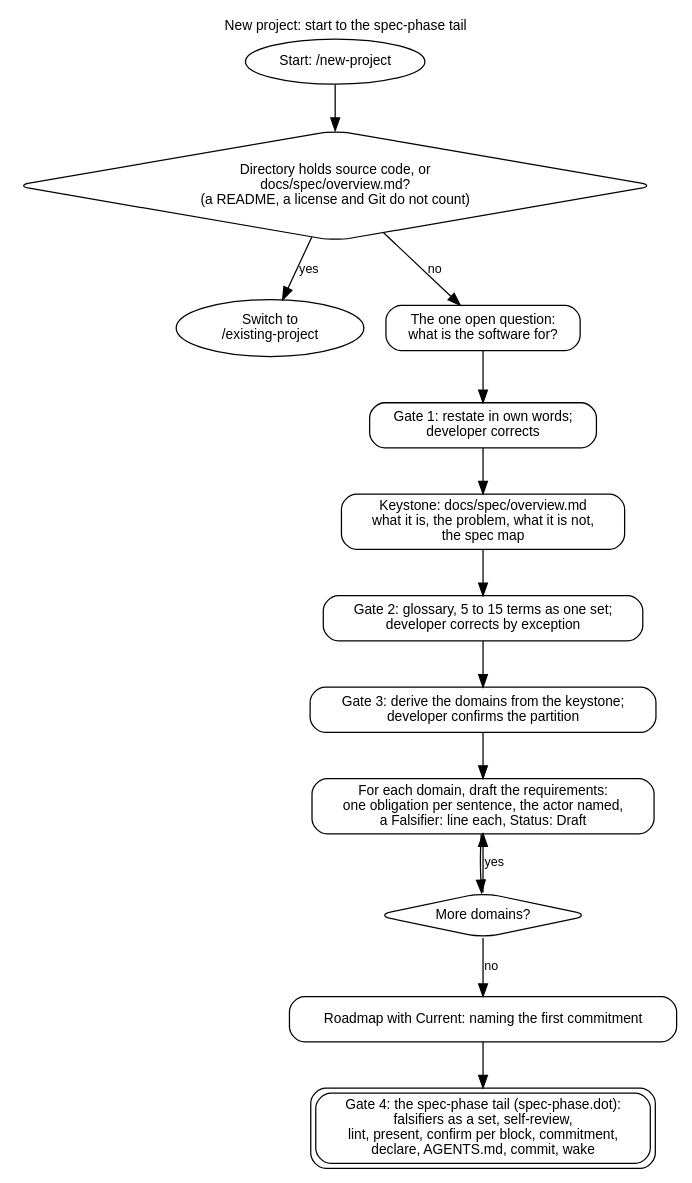
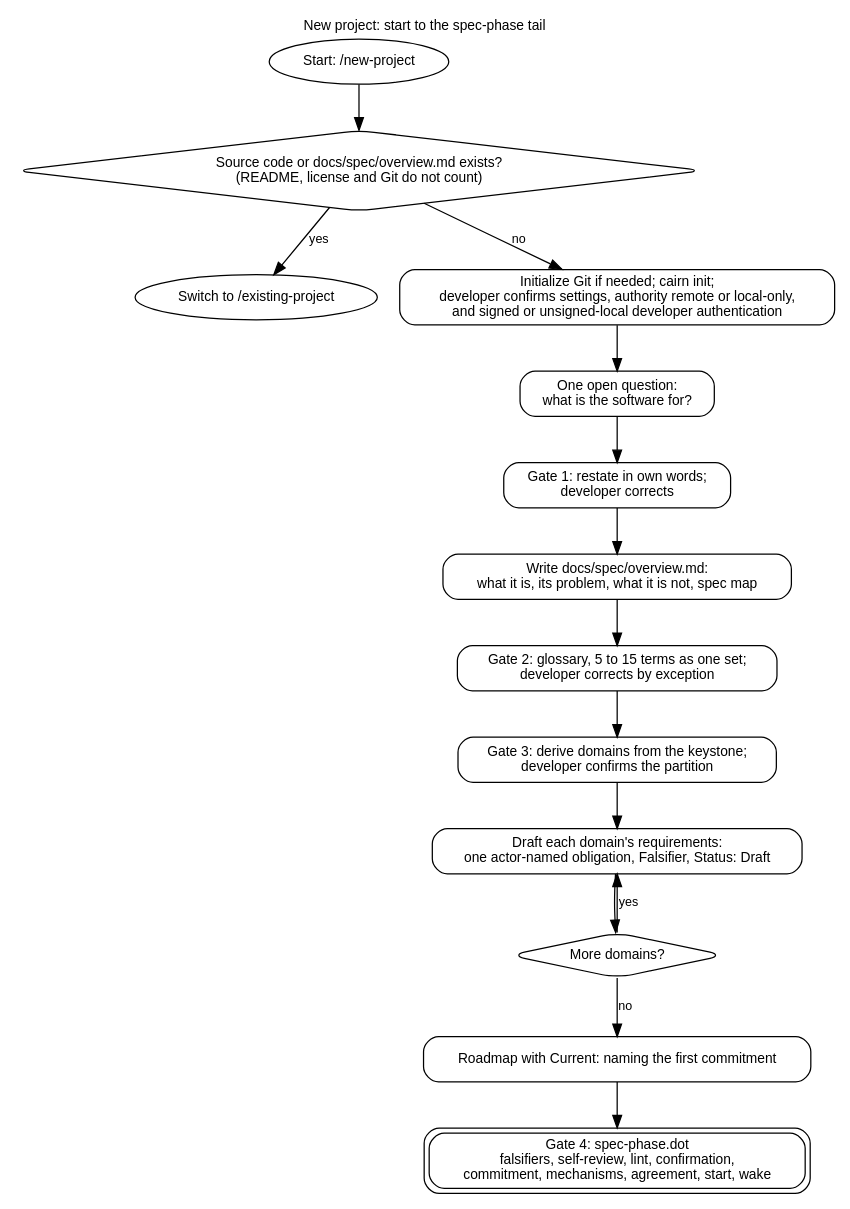
One commit to eas4ai/cairn changed the diagram in docs/diagrams/new-project.dot. Above: the diagram before and after it, drawn with Graphviz. The commit also changed 13 other files, not shown here.

```diff
--- a/docs/diagrams/new-project.dot
+++ b/docs/diagrams/new-project.dot
@@ -1,28 +1,29 @@
-// New project: from an empty directory to drafted requirements; the spec-phase tail finishes it.
+// New project: from an empty directory through initialization to the spec tail.
 digraph new_project {
   rankdir=TB;
   graph [fontname="Helvetica", fontsize=11, labelloc=t, label="New project: start to the spec-phase tail"];
   node  [shape=box, style=rounded, fontname="Helvetica", fontsize=11];
   edge  [fontname="Helvetica", fontsize=10];
 
   start [shape=oval, label="Start: /new-project"];
-  exists [shape=diamond, label="Directory holds source code, or\ndocs/spec/overview.md?\n(a README, a license and Git do not count)"];
-  switch [shape=oval, label="Switch to\n/existing-project"];
-  ask [label="The one open question:\nwhat is the software for?"];
+  exists [shape=diamond, label="Source code or docs/spec/overview.md exists?\n(README, license and Git do not count)"];
+  switch [shape=oval, label="Switch to /existing-project"];
+  init [label="Initialize Git if needed; cairn init;\ndeveloper confirms settings, authority remote or local-only,\nand signed or unsigned-local developer authentication"];
+  ask [label="One open question:\nwhat is the software for?"];
   restate [label="Gate 1: restate in own words;\ndeveloper corrects"];
-  keystone [label="Keystone: docs/spec/overview.md\nwhat it is, the problem, what it is not,\nthe spec map"];
+  keystone [label="Write docs/spec/overview.md:\nwhat it is, its problem, what it is not, spec map"];
   glossary [label="Gate 2: glossary, 5 to 15 terms as one set;\ndeveloper corrects by exception"];
-  partition [label="Gate 3: derive the domains from the keystone;\ndeveloper confirms the partition"];
-  draft [label="For each domain, draft the requirements:\none obligation per sentence, the actor named,\na Falsifier: line each, Status: Draft"];
+  partition [label="Gate 3: derive domains from the keystone;\ndeveloper confirms the partition"];
+  draft [label="Draft each domain's requirements:\none actor-named obligation, Falsifier, Status: Draft"];
   more [shape=diamond, label="More domains?"];
   roadmap [label="Roadmap with Current: naming the first commitment"];
-  tail [shape=box, peripheries=2, label="Gate 4: the spec-phase tail (spec-phase.dot):\nfalsifiers as a set, self-review,\nlint, present, confirm per block, commitment,\ndeclare, AGENTS.md, commit, wake"];
+  tail [shape=box, peripheries=2, label="Gate 4: spec-phase.dot\nfalsifiers, self-review, lint, confirmation,\ncommitment, mechanisms, agreement, start, wake"];
 
   start -> exists;
   exists -> switch [label="yes"];
-  exists -> ask [label="no"];
-  ask -> restate -> keystone -> glossary -> partition -> draft -> more;
+  exists -> init [label="no"];
+  init -> ask -> restate -> keystone -> glossary -> partition -> draft -> more;
   more -> draft [label="yes"];
   more -> roadmap [label="no"];
   roadmap -> tail;
 }
```
